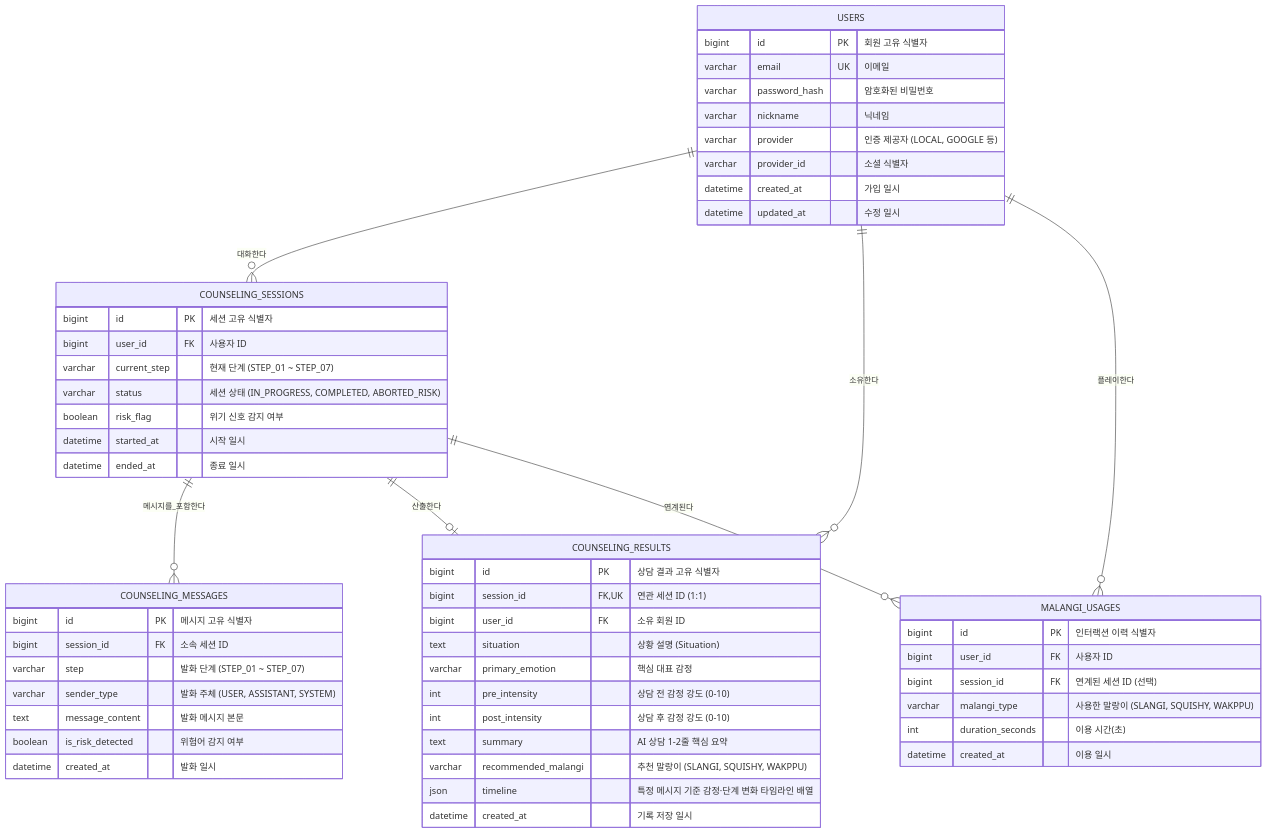
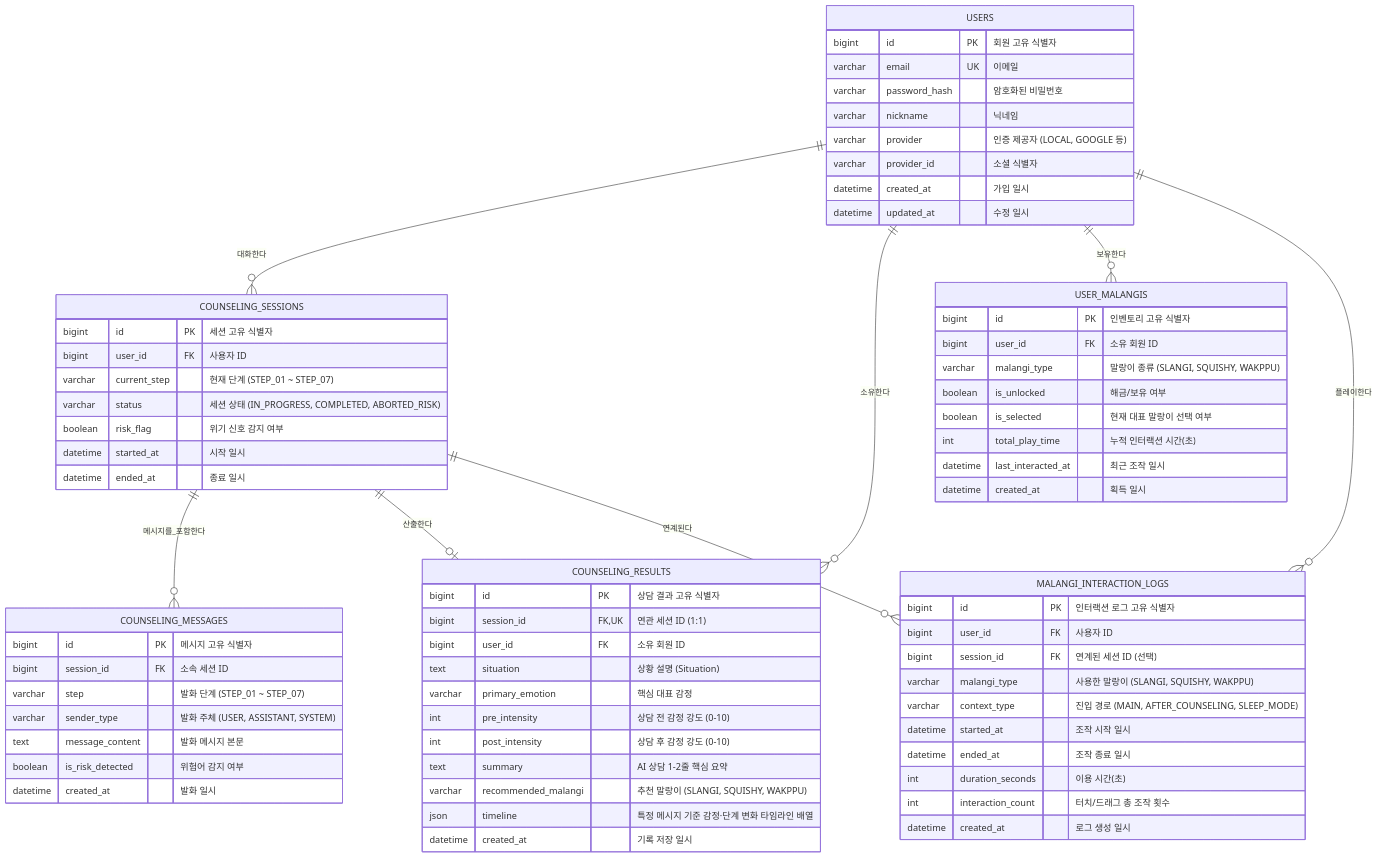
Before and after one commit to 2026Ganzi-Thon/2026_GANZITHON_TEAM_07_BE: the diagram in docs/database.md, drawn with Mermaid. The commit also changed other lines of this file and 1 other file, not shown here.

Commit message:
feat(malangi): 말랑이 종류별 보유 관리 및 인터랙션 시계열 로깅 스펙 추가

````diff
--- a/docs/database.md
+++ b/docs/database.md
@@ -21,63 +24,79 @@
 ```mermaid
 erDiagram
     USERS ||--o{ COUNSELING_SESSIONS : "대화한다"
     USERS ||--o{ COUNSELING_RESULTS : "소유한다"
-    USERS ||--o{ MALANGI_USAGES : "플레이한다"
+    USERS ||--o{ USER_MALANGIS : "보유한다"
+    USERS ||--o{ MALANGI_INTERACTION_LOGS : "플레이한다"
     COUNSELING_SESSIONS ||--o{ COUNSELING_MESSAGES : "메시지를_포함한다"
     COUNSELING_SESSIONS ||--o| COUNSELING_RESULTS : "산출한다"
-    COUNSELING_SESSIONS ||--o{ MALANGI_USAGES : "연계된다"
+    COUNSELING_SESSIONS ||--o{ MALANGI_INTERACTION_LOGS : "연계된다"
 
     USERS {
         bigint id PK "회원 고유 식별자"
         varchar email UK "이메일"
         varchar password_hash "암호화된 비밀번호"
         varchar nickname "닉네임"
         varchar provider "인증 제공자 (LOCAL, GOOGLE 등)"
         varchar provider_id "소셜 식별자"
         datetime created_at "가입 일시"
         datetime updated_at "수정 일시"
     }
 
     COUNSELING_SESSIONS {
         bigint id PK "세션 고유 식별자"
         bigint user_id FK "사용자 ID"
         varchar current_step "현재 단계 (STEP_01 ~ STEP_07)"
         varchar status "세션 상태 (IN_PROGRESS, COMPLETED, ABORTED_RISK)"
         boolean risk_flag "위기 신호 감지 여부"
         datetime started_at "시작 일시"
         datetime ended_at "종료 일시"
     }
 
     COUNSELING_MESSAGES {
         bigint id PK "메시지 고유 식별자"
         bigint session_id FK "소속 세션 ID"
         varchar step "발화 단계 (STEP_01 ~ STEP_07)"
         varchar sender_type "발화 주체 (USER, ASSISTANT, SYSTEM)"
         text message_content "발화 메시지 본문"
         boolean is_risk_detected "위험어 감지 여부"
         datetime created_at "발화 일시"
     }
 
     COUNSELING_RESULTS {
         bigint id PK "상담 결과 고유 식별자"
         bigint session_id FK,UK "연관 세션 ID (1:1)"
         bigint user_id FK "소유 회원 ID"
         text situation "상황 설명 (Situation)"
         varchar primary_emotion "핵심 대표 감정"
         int pre_intensity "상담 전 감정 강도 (0-10)"
         int post_intensity "상담 후 감정 강도 (0-10)"
         text summary "AI 상담 1-2줄 핵심 요약"
         varchar recommended_malangi "추천 말랑이 (SLANGI, SQUISHY, WAKPPU)"
         json timeline "특정 메시지 기준 감정·단계 변화 타임라인 배열"
         datetime created_at "기록 저장 일시"
     }
 
-    MALANGI_USAGES {
-        bigint id PK "인터랙션 이력 식별자"
+    USER_MALANGIS {
+        bigint id PK "인벤토리 고유 식별자"
+        bigint user_id FK "소유 회원 ID"
+        varchar malangi_type "말랑이 종류 (SLANGI, SQUISHY, WAKPPU)"
+        boolean is_unlocked "해금/보유 여부"
+        boolean is_selected "현재 대표 말랑이 선택 여부"
+        int total_play_time "누적 인터랙션 시간(초)"
+        datetime last_interacted_at "최근 조작 일시"
+        datetime created_at "획득 일시"
+    }
+
+    MALANGI_INTERACTION_LOGS {
+        bigint id PK "인터랙션 로그 고유 식별자"
         bigint user_id FK "사용자 ID"
         bigint session_id FK "연계된 세션 ID (선택)"
         varchar malangi_type "사용한 말랑이 (SLANGI, SQUISHY, WAKPPU)"
+        varchar context_type "진입 경로 (MAIN, AFTER_COUNSELING, SLEEP_MODE)"
+        datetime started_at "조작 시작 일시"
+        datetime ended_at "조작 종료 일시"
         int duration_seconds "이용 시간(초)"
-        datetime created_at "이용 일시"
+        int interaction_count "터치/드래그 총 조작 횟수"
+        datetime created_at "로그 생성 일시"
     }
 ```
````
